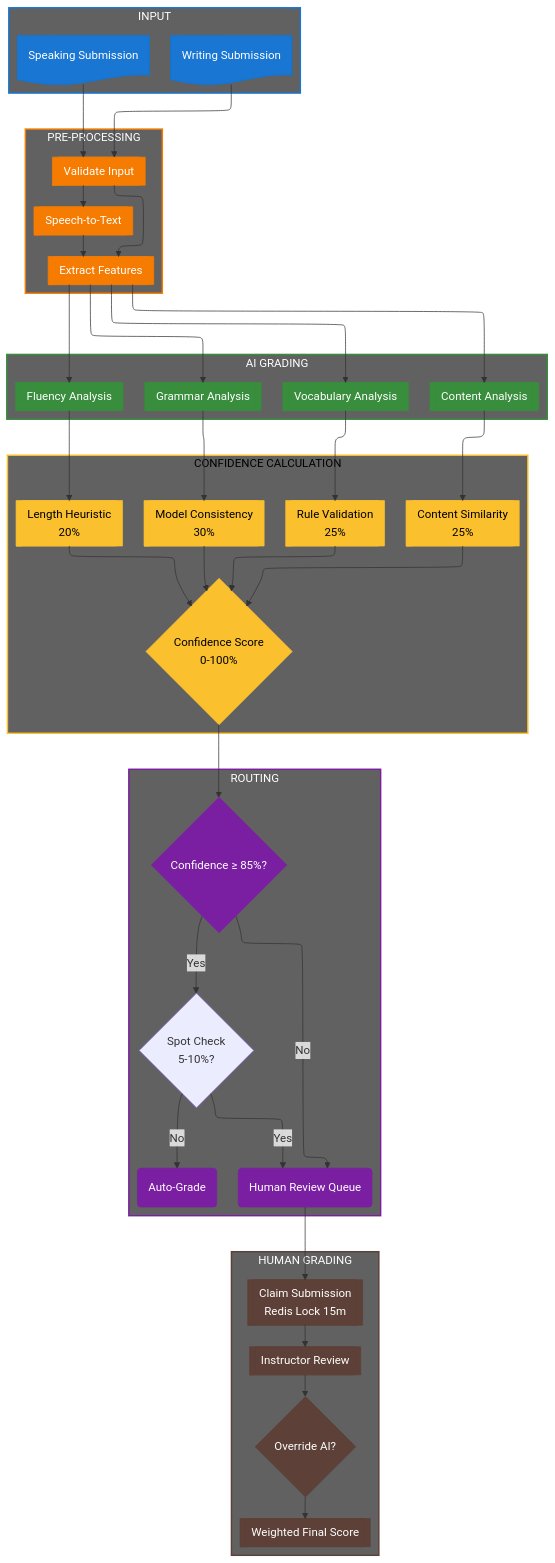
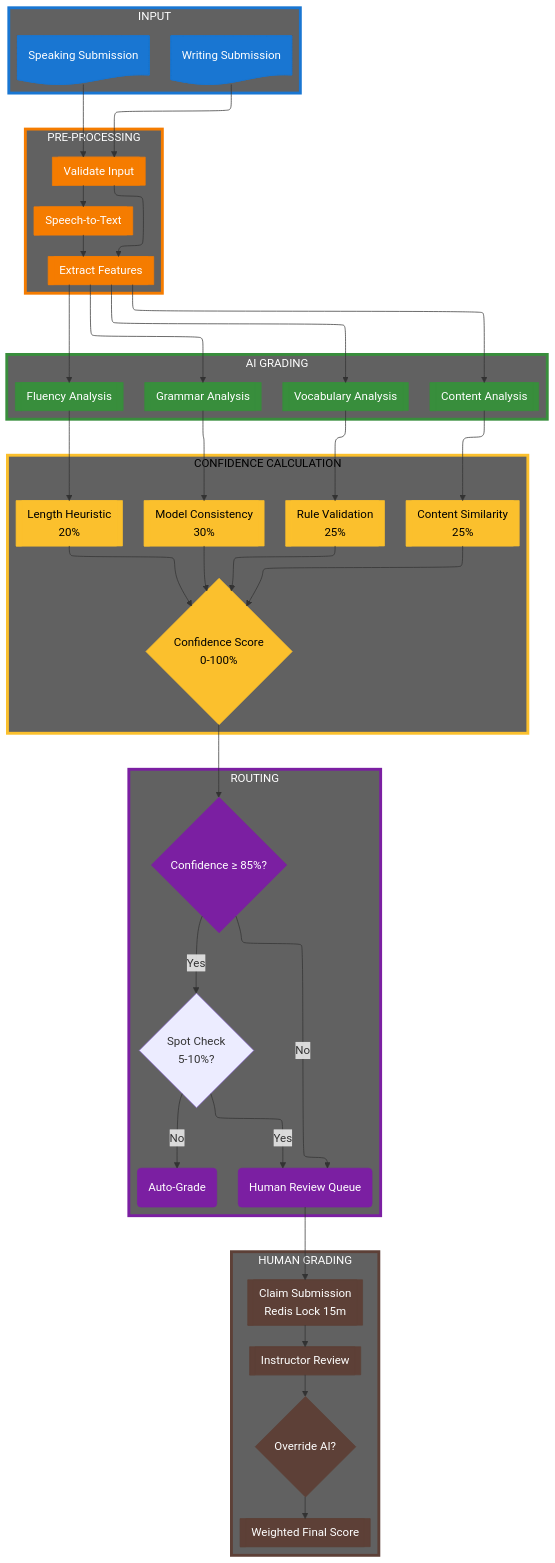
One commit to nghyane/VSTEP changed the eighth of 12 diagrams in docs/capstone/diagrams/flow-diagrams.vi.md. Above: the diagram before and after it, drawn with Mermaid. The commit also changed other lines of this file, not shown here.

First line of the commit message:
fix(docs): increase box stroke width to 4px for better visibility

```diff
--- a/docs/capstone/diagrams/flow-diagrams.vi.md
+++ b/docs/capstone/diagrams/flow-diagrams.vi.md
@@ -539,12 +539,12 @@
     classDef human fill:#5d4037,stroke:#5d4037,color:#fff
 
     %% Boxes
-    classDef inputBox fill:#616161,stroke:#1976d2,stroke-width:2px,color:#fff
-    classDef processBox fill:#616161,stroke:#f57c00,stroke-width:2px,color:#fff
-    classDef aiBox fill:#616161,stroke:#388e3c,stroke-width:2px,color:#fff
-    classDef confBox fill:#616161,stroke:#fbc02d,stroke-width:2px,color:#000
-    classDef routeBox fill:#616161,stroke:#7b1fa2,stroke-width:2px,color:#fff
-    classDef humanBox fill:#616161,stroke:#5d4037,stroke-width:2px,color:#fff
+    classDef inputBox fill:#616161,stroke:#1976d2,stroke-width:4px,color:#fff
+    classDef processBox fill:#616161,stroke:#f57c00,stroke-width:4px,color:#fff
+    classDef aiBox fill:#616161,stroke:#388e3c,stroke-width:4px,color:#fff
+    classDef confBox fill:#616161,stroke:#fbc02d,stroke-width:4px,color:#000
+    classDef routeBox fill:#616161,stroke:#7b1fa2,stroke-width:4px,color:#fff
+    classDef humanBox fill:#616161,stroke:#5d4037,stroke-width:4px,color:#fff
 
     class Input inputBox
     class Preprocess processBox
```
